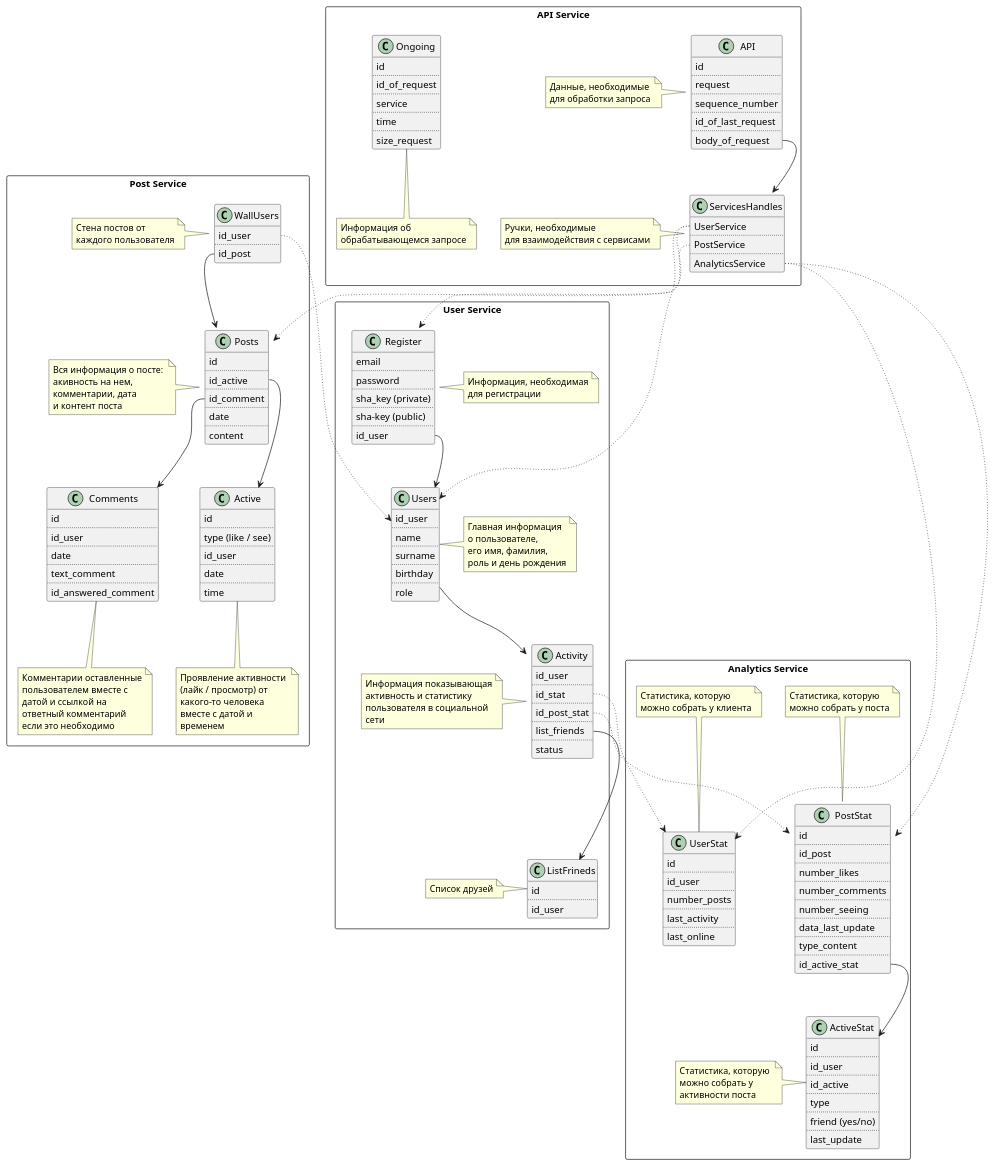
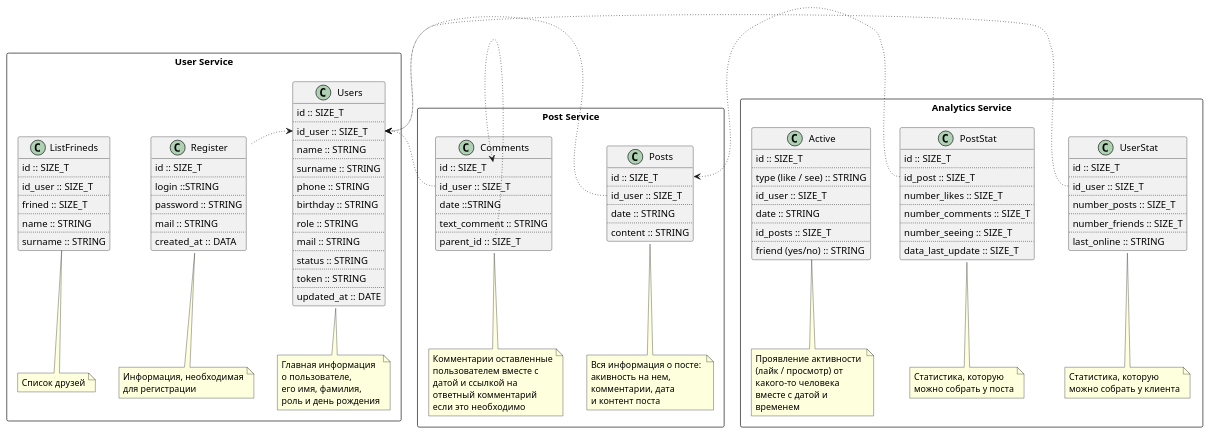
Before and after one commit to KatrinaVl/COA: the diagram in docs/er-diagramm_services.puml, drawn with PlantUML. The commit also changed 1311 other files, not shown here.

```diff
--- a/docs/er-diagramm_services.puml
+++ b/docs/er-diagramm_services.puml
@@ -4,18 +4,16 @@
     
 
 class Posts {
-    id 
+    id :: SIZE_T
     ..
-    id_active
+    id_user :: SIZE_T
     ..
-    id_comment
+    date :: STRING
     ..
-    date
-    ..
-    content
+    content :: STRING
 }
 
-note left of Posts
+note bottom of Posts
 Вся информация о посте: 
 акивность на нем, 
 комментарии, дата 
@@ -23,15 +21,15 @@
 end note
 
 class Comments {
-    id
+    id :: SIZE_T
     ..
-    id_user
+    id_user :: SIZE_T
     ..
-    date
+    date ::STRING
     ..
-    text_comment
+    text_comment :: STRING
     ..
-    id_answered_comment
+    parent_id :: SIZE_T
 }
 
 note bottom of Comments
@@ -42,16 +40,132 @@
 если это необходимо
 end note
 
+}
+
+package "User Service" <<Rectangle>> {
+    
+
+class Users {
+    id :: SIZE_T
+    ..
+    id_user :: SIZE_T
+    ..
+    name :: STRING
+    ..
+    surname :: STRING
+    ..
+    phone :: STRING
+    ..
+    birthday :: STRING
+    ..
+    role :: STRING
+    ..
+    mail :: STRING
+    ..
+    status :: STRING
+    ..
+    token :: STRING
+    ..
+    updated_at :: DATE
+}
+
+note bottom of Users
+Главная информация 
+о пользователе, 
+его имя, фамилия, 
+роль и день рождения
+end note
+
+
+class Register {
+    id :: SIZE_T
+    ..
+    login ::STRING
+    ..
+    password :: STRING
+    ..
+    mail :: STRING
+    ..
+    created_at :: DATA
+}
+
+note bottom of Register
+Информация, необходимая
+для регистрации
+end note
+
+
+class ListFrineds {
+    id :: SIZE_T
+    ..
+    id_user :: SIZE_T
+    ..
+    frined :: SIZE_T
+    ..
+    name :: STRING
+    ..
+    surname :: STRING
+}
+
+note bottom of ListFrineds
+Список друзей
+end note
+
+}
+
+package "Analytics Service" <<Rectangle>> {
+    
+
+
+class UserStat {
+    id :: SIZE_T
+    ..
+    id_user :: SIZE_T
+    ..
+    number_posts :: SIZE_T
+    ..
+    number_friends :: SIZE_T
+    ..
+    last_online :: STRING
+}
+
+note bottom of UserStat
+Статистика, которую 
+можно собрать у клиента
+end note
+
+
+class PostStat {
+    id :: SIZE_T
+    ..
+    id_post :: SIZE_T
+    ..
+    number_likes :: SIZE_T
+    ..
+    number_comments :: SIZE_T
+    ..
+    number_seeing :: SIZE_T
+    ..
+    data_last_update :: SIZE_T
+}
+
+note bottom of PostStat
+Статистика, которую 
+можно собрать у поста
+end note
+
 class Active {
-    id
+    id :: SIZE_T
     ..
-    type (like / see)
+    type (like / see) :: STRING
     ..
-    id_user
+    id_user :: SIZE_T
     ..
-    date
+    date :: STRING
     ..
-    time
+    id_posts :: SIZE_T
+    ..
+    friend (yes/no) :: STRING
 }
 
 note bottom of Active
@@ -62,229 +176,13 @@
 временем
 end note
 
-class WallUsers {
-    id_user
-    ..
-    id_post
 }
 
-note left of WallUsers
-Стена постов от 
-каждого пользователя
-end note
-
-}
-
-package "User Service" <<Rectangle>> {
-    
-
-class Users {
-    id_user
-    ..
-    name
-    ..
-    surname 
-    ..
-    birthday
-    ..
-    role 
-}
-
-note right of Users
-Главная информация 
-о пользователе, 
-его имя, фамилия, 
-роль и день рождения
-end note
-
-
-class Register {
-    email
-    ..
-    password
-    ..
-    sha_key (private)
-    ..
-    sha-key (public)
-    ..
-    id_user
-}
-
-note right of Register
-Информация, необходимая
-для регистрации
-end note
-
-class Activity {
-    id_user
-    ..
-    id_stat 
-    ..
-    id_post_stat
-    ..
-    list_friends
-    ..
-    status
-}
-
-note left of Activity
-Информация показывающая
-активность и статистику
-пользователя в социальной
-сети
-end note
-
-class ListFrineds {
-    id
-    ..
-    id_user
-}
-
-note left of ListFrineds
-Список друзей
-end note
-
-}
-
-package "Analytics Service" <<Rectangle>> {
-    
-
-
-class UserStat {
-    id
-    ..
-    id_user
-    ..
-    number_posts
-    ..
-    last_activity
-    ..
-    last_online
-}
-
-note top of UserStat
-Статистика, которую 
-можно собрать у клиента
-end note
-
-
-class PostStat {
-    id
-    ..
-    id_post
-    ..
-    number_likes
-    ..
-    number_comments
-    ..
-    number_seeing
-    ..
-    data_last_update
-    ..
-    type_content
-    ..
-    id_active_stat
-}
-
-note top of PostStat
-Статистика, которую 
-можно собрать у поста
-end note
-
-class ActiveStat {
-    id
-    ..
-    id_user
-    ..
-    id_active
-    ..
-    type
-    ..
-    friend (yes/no)
-    ..
-    last_update
-}
-
-note left of ActiveStat
-Статистика, которую 
-можно собрать у
-активности поста
-end note
-
-}
-
-package "API Service" <<Rectangle>> {
-    class API {
-        id
-        ..
-        request 
-        ..
-        sequence_number
-        ..
-        id_of_last_request
-        ..
-        body_of_request
-    }
-
-    note left of API
-    Данные, необходимые 
-    для обработки запроса
-    end note
-
-    Class ServicesHandles {
-        UserService
-        ..
-        PostService
-        ..
-        AnalyticsService
-    }
-
-    note left of ServicesHandles
-    Ручки, необходимые 
-    для взаимодействия с сервисами
-    end note
-
-    class Ongoing {
-        id
-        ..
-        id_of_request
-        ..
-        service
-        ..
-        time
-        ..
-        size_request
-    }
-    note bottom of Ongoing
-    Информация об 
-    обрабатывающемся запросе
-    end note
-}
-
-WallUsers::id_post --> Posts
-
-
-Posts::id_active --> Active
-Posts::id_comment --> Comments
-
-
-WallUsers::id_user -->Users  #line.dotted;
-
-Register::id_user --> Users
-
-Users --> Activity
-
-Activity::id_post_stat --> PostStat #line.dotted;
-Activity::id_stat --> UserStat #line.dotted;
-Activity::list_friends --> ListFrineds
-PostStat::id_active_stat --> ActiveStat
-
-ServicesHandles::UserService --> Register  #line.dotted;
-ServicesHandles::UserService --> Users  #line.dotted;
-ServicesHandles::PostService --> Posts  #line.dotted;
-ServicesHandles::AnalyticsService --> PostStat  #line.dotted;
-ServicesHandles::AnalyticsService --> UserStat  #line.dotted;
-
-API::body_of_request --> ServicesHandles
+Register::id_user -> Users::id_user #line.dotted
+Posts::id_user -> Users::id_user #line.dotted
+Comments::id_user -> Users::id_user #line.dotted
+Comments::parent_id -> Comments::id #line.dotted
+UserStat::id_user -> Users::id_user #line.dotted
+PostStat::id_post -> Posts::id #line.dotted
 
 @enduml
```
